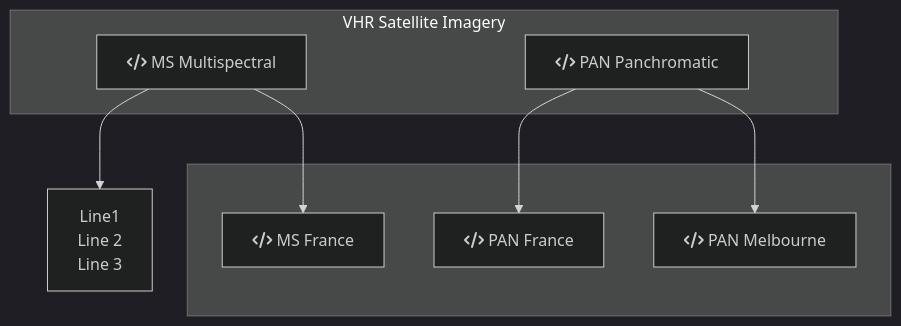
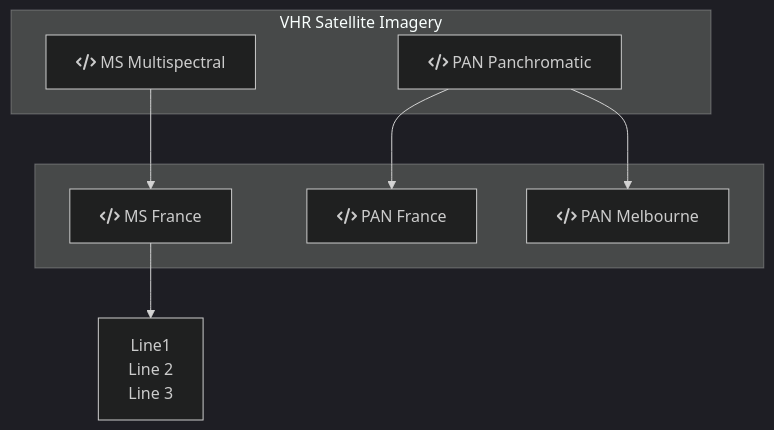
One commit to DippoldEJ/Satellite-Datasets changed the diagram in Pleiades/README.md. Above: the diagram before and after it, drawn with Mermaid (dark theme).

````diff
--- a/Pleiades/README.md
+++ b/Pleiades/README.md
@@ -7,23 +7,23 @@
 ```mermaid
 flowchart TD;
 
 subgraph VHR Satellite Imagery
     a[fa:fa-code MS Multispectral]
     b[fa:fa-code PAN Panchromatic]
     end
 
 subgraph  
     c[fa:fa-code MS France]
     d[fa:fa-code PAN France]
     e[fa:fa-code PAN Melbourne]
     end
 
     f["`Line1
     Line 2
     Line 3`"]
 
-    a --> f
+    c --> f
 a --> c
 b --> d
 b --> e
 ```
````
